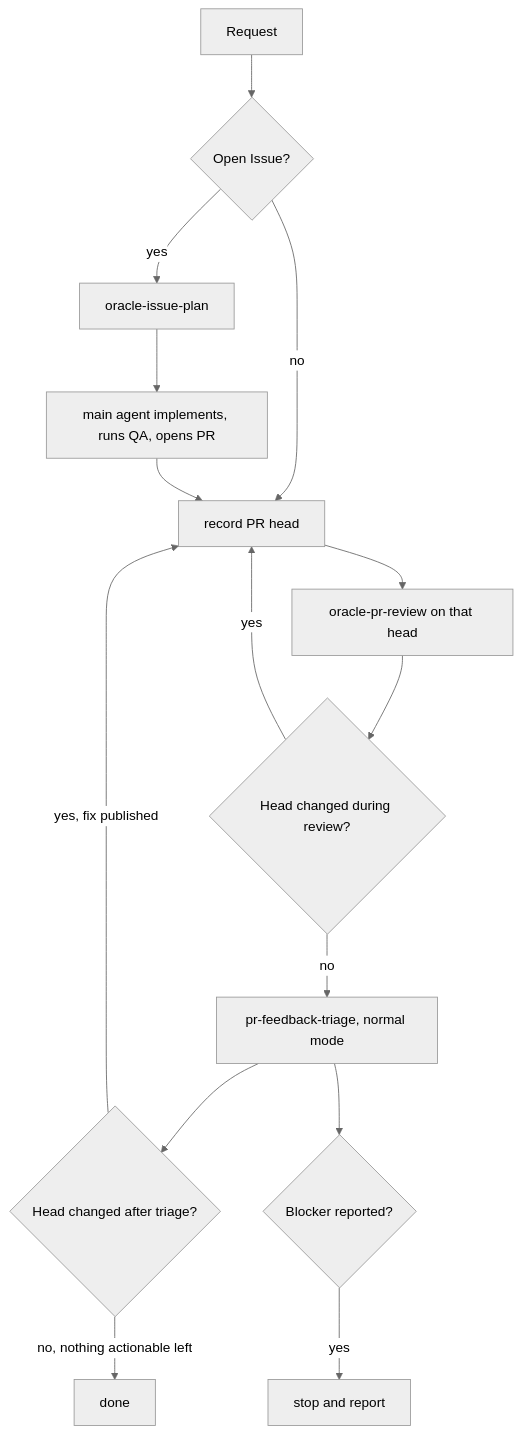
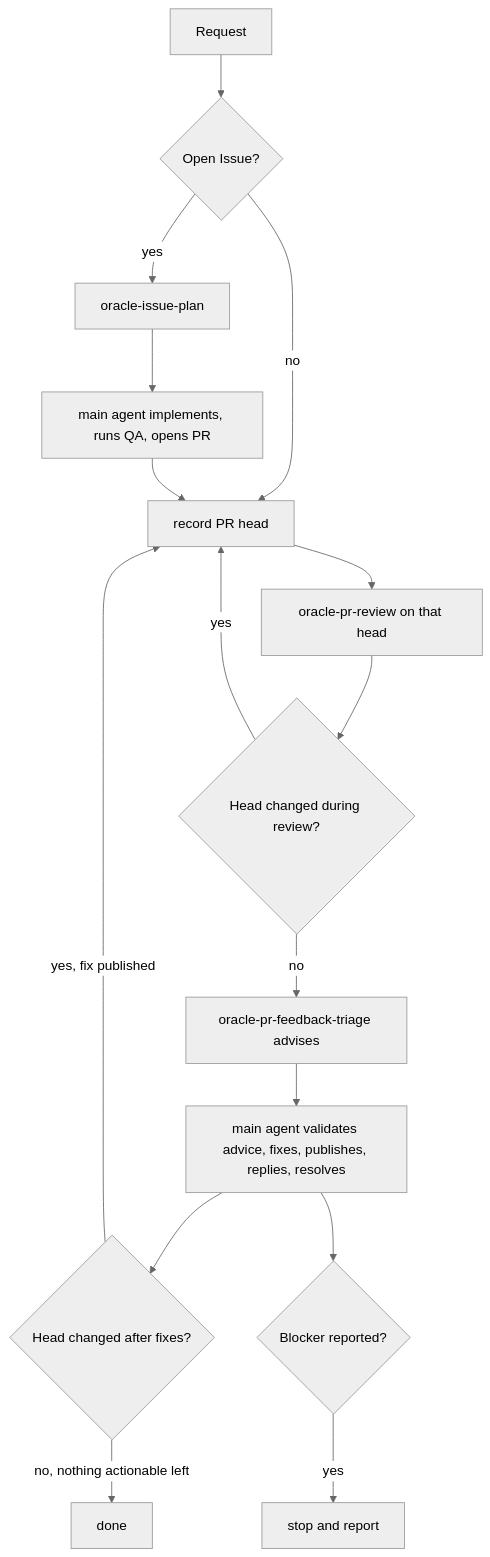
One commit to dceoy/oracle-pr-loop changed the diagram in skills/oracle-pr-loop/SKILL.md. Above: the diagram before and after it, drawn with Mermaid (neutral theme). The commit also changed other lines of this file and 8 other files, not shown here.

First line of the commit message:
Refactor pr-feedback-triage into oracle-pr-feedback-triage

````diff
--- a/skills/oracle-pr-loop/SKILL.md
+++ b/skills/oracle-pr-loop/SKILL.md
@@ -67,16 +79,17 @@
 ```mermaid
 flowchart TD
   Request --> Issue{Open Issue?}
   Issue -->|yes| Plan[oracle-issue-plan] --> Implement[main agent implements, runs QA, opens PR]
   Issue -->|no| Head[record PR head]
   Implement --> Head
   Head --> Review[oracle-pr-review on that head]
   Review --> HeadMoved{Head changed during review?}
   HeadMoved -->|yes| Head
-  HeadMoved -->|no| Triage[pr-feedback-triage, normal mode]
-  Triage --> HeadAfter{Head changed after triage?}
+  HeadMoved -->|no| Triage[oracle-pr-feedback-triage advises]
+  Triage --> Act[main agent validates advice, fixes, publishes, replies, resolves]
+  Act --> HeadAfter{Head changed after fixes?}
   HeadAfter -->|yes, fix published| Head
   HeadAfter -->|no, nothing actionable left| Done[done]
-  Triage --> Blocker{Blocker reported?}
+  Act --> Blocker{Blocker reported?}
   Blocker -->|yes| Stop[stop and report]
 ```
````
